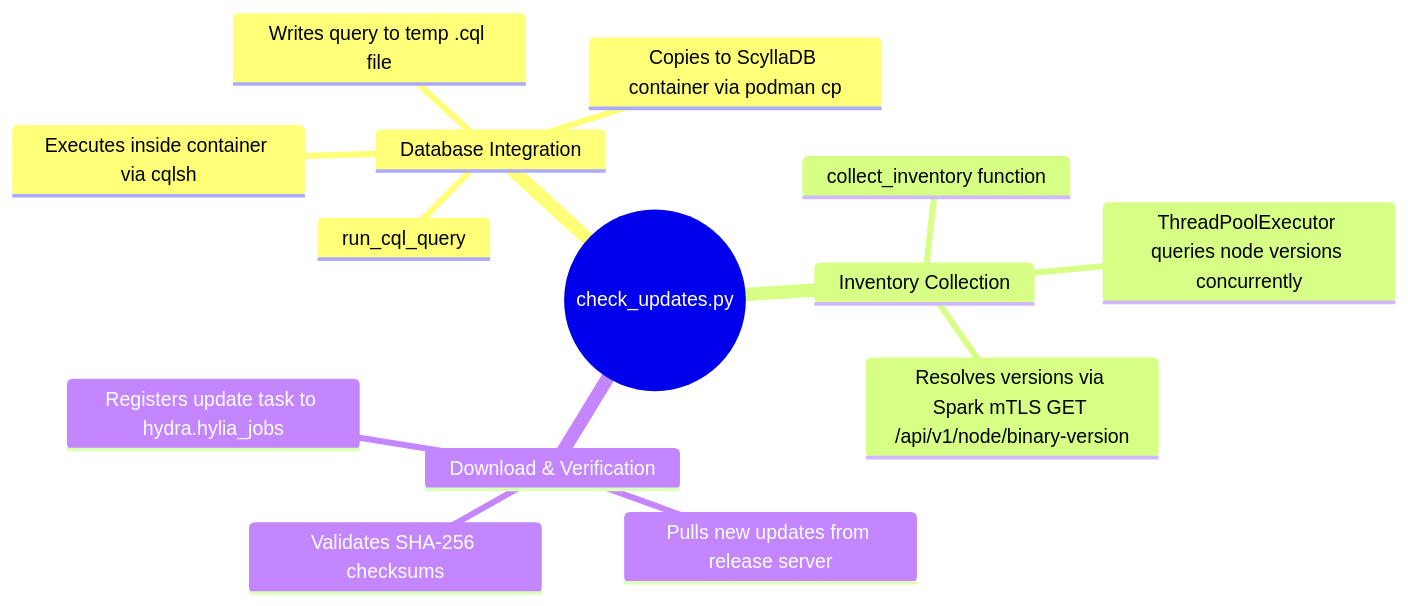
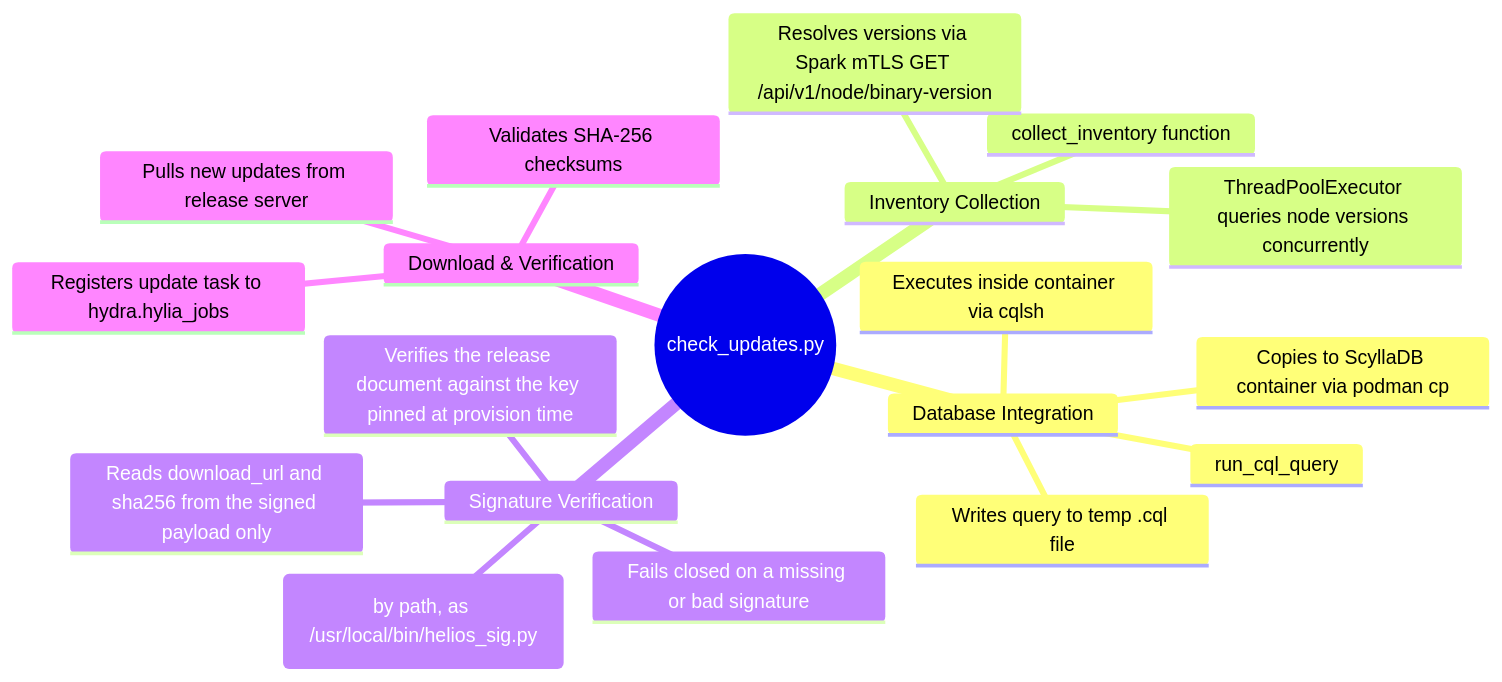
One commit to AuroraRyunix/Helios-HCI changed the diagram in docs/check_updates_technical.md. Above: the diagram before and after it, drawn with Mermaid. The commit also changed other lines of this file and 12 other files, not shown here.

````diff
--- a/docs/check_updates_technical.md
+++ b/docs/check_updates_technical.md
@@ -7,17 +7,22 @@
 ```mermaid
 mindmap
   root((check_updates.py))
     Database Integration
       run_cql_query
       Writes query to temp .cql file
       Copies to ScyllaDB container via podman cp
       Executes inside container via cqlsh
     Inventory Collection
       collect_inventory function
       ThreadPoolExecutor queries node versions concurrently
       Resolves versions via Spark mTLS GET /api/v1/node/binary-version
+    Signature Verification
+      Loads helios_sig (by path, as /usr/local/bin/helios_sig.py)
+      Verifies the release document against the key pinned at provision time
+      Reads download_url and sha256 from the signed payload only
+      Fails closed on a missing or bad signature
     Download & Verification
       Pulls new updates from release server
       Validates SHA-256 checksums
       Registers update task to hydra.hylia_jobs
 ```
````
